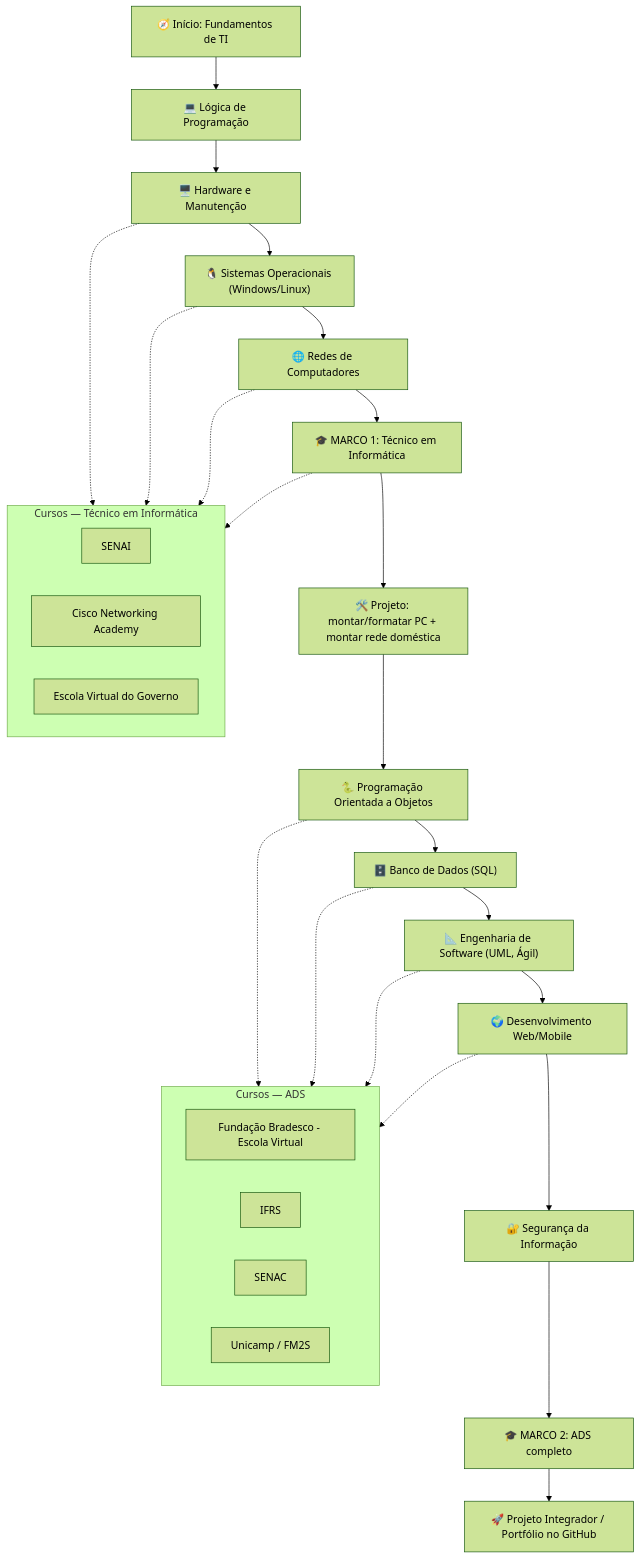
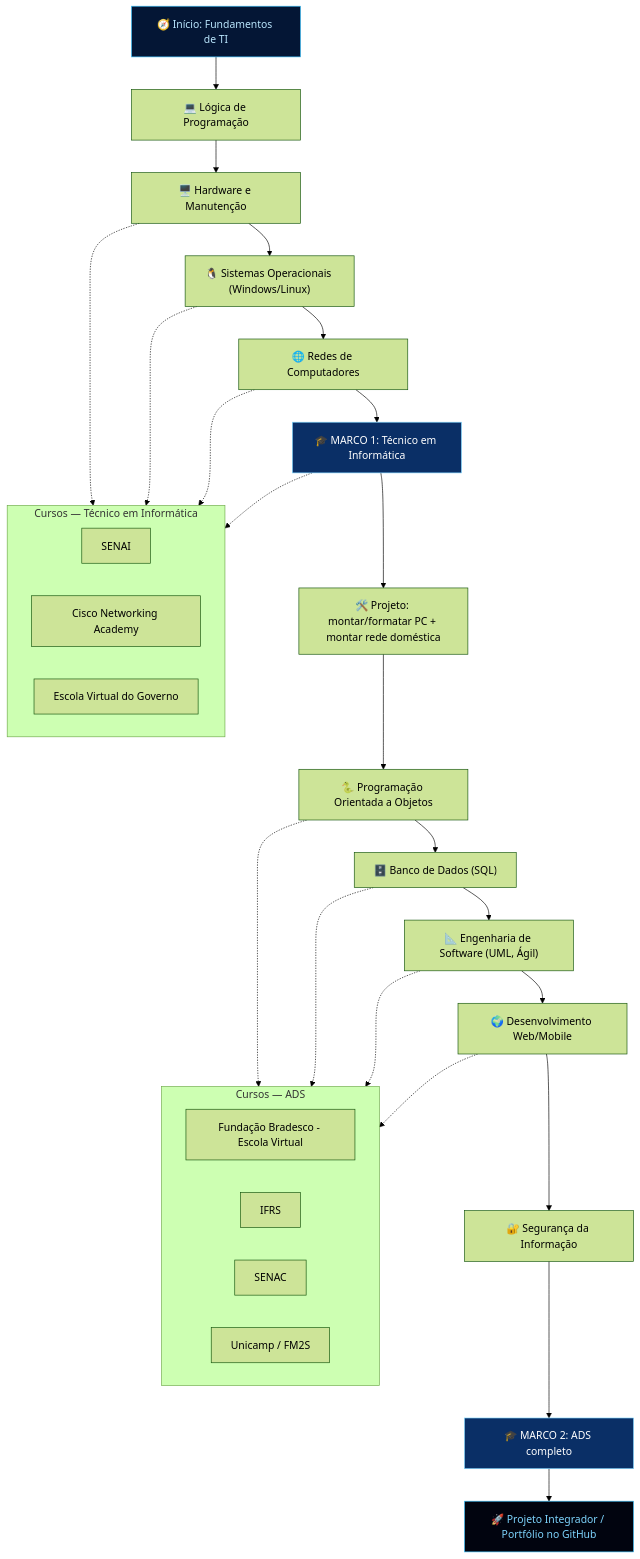
The diagram in README.md (Dinneiro/roadmap-from-ads-and-info), drawn with Mermaid (forest theme) before and after one commit. The commit also changed other lines of this file, not shown here.

````diff
--- a/README.md
+++ b/README.md
@@ -25,40 +45,45 @@
 ```mermaid
 flowchart TD
     A["🧭 Início: Fundamentos de TI"] --> B["💻 Lógica de Programação"]
     B --> C["🖥️ Hardware e Manutenção"]
     C --> D["🐧 Sistemas Operacionais (Windows/Linux)"]
     D --> E["🌐 Redes de Computadores"]
     E --> F["🎓 MARCO 1: Técnico em Informática"]
     F --> G["🛠️ Projeto: montar/formatar PC + montar rede doméstica"]
     G --> H["🐍 Programação Orientada a Objetos"]
     H --> I["🗄️ Banco de Dados (SQL)"]
     I --> J["📐 Engenharia de Software (UML, Ágil)"]
     J --> K["🌍 Desenvolvimento Web/Mobile"]
     K --> L["🔐 Segurança da Informação"]
     L --> M["🎓 MARCO 2: ADS completo"]
     M --> N["🚀 Projeto Integrador / Portfólio no GitHub"]
 
     subgraph T[" Cursos — Técnico em Informática "]
       direction LR
       T1[SENAI]
       T2[Cisco Networking Academy]
       T3[Escola Virtual do Governo]
     end
 
     subgraph S[" Cursos — ADS "]
       direction LR
       S1[Fundação Bradesco - Escola Virtual]
       S2[IFRS]
       S3[SENAC]
       S4[Unicamp / FM2S]
     end
 
     C -.-> T1
     D -.-> T2
     E -.-> T2
     F -.-> T3
     H -.-> S1
     I -.-> S2
     J -.-> S4
     K -.-> S3
+
+    style A fill:#041635,stroke:#38bdf8,color:#bae6fd
+    style F fill:#0a2f66,stroke:#7dd3fc,color:#ffffff
+    style M fill:#0a2f66,stroke:#7dd3fc,color:#ffffff
+    style N fill:#01040f,stroke:#38bdf8,color:#7dd3fc
 ```
````
